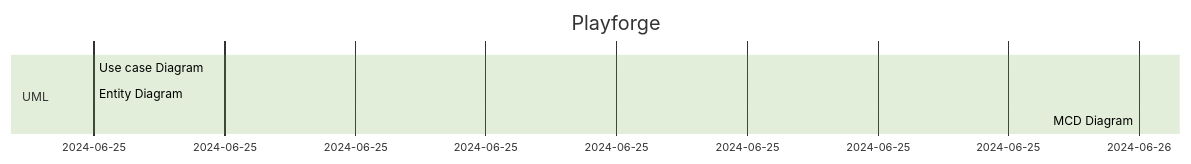
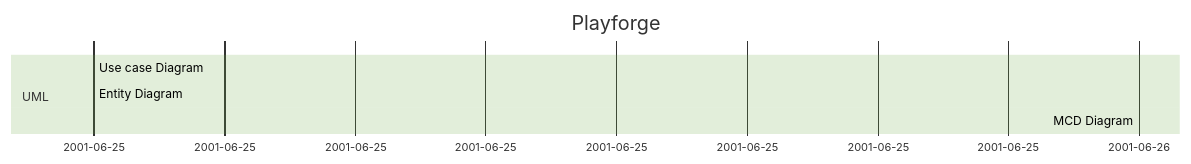
Before and after one commit to JameS-Gmz/api-Rest: the first of 3 diagrams in README.md, drawn with Mermaid (forest theme).

````diff
--- a/README.md
+++ b/README.md
@@ -45,9 +45,10 @@
 ```mermaid
 gantt
     title Playforge
     dateFormat MM-DD
+    dateFormat HH-MM
     section UML
         Use case Diagram    : 06-25, 1h45m
         Entity Diagram    : 06-25, 3h30m
         MCD Diagram    : 06-26, 5h16m
 ```
````
